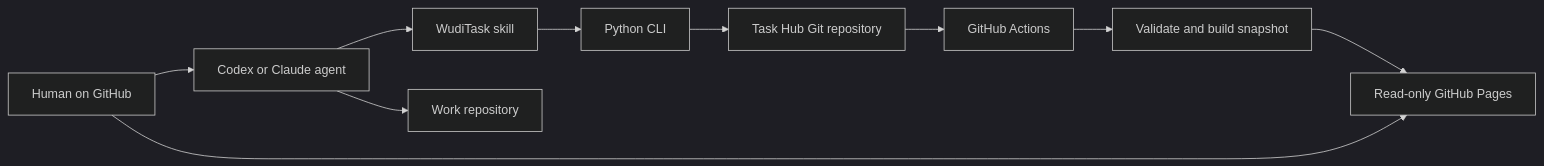
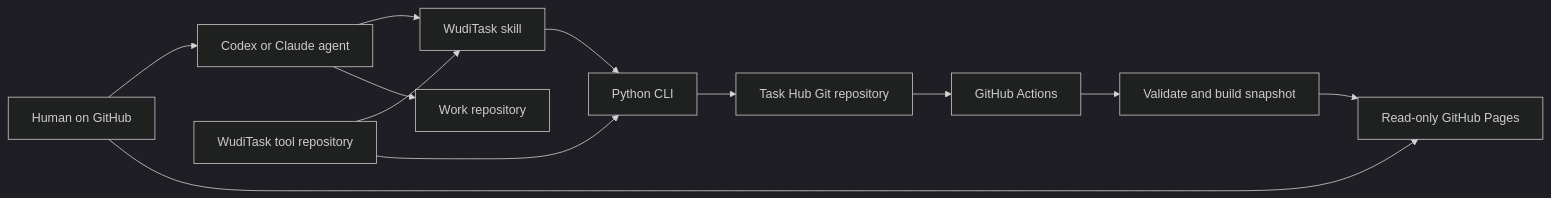
Before and after one commit to ChaoWao/wuditask: the first of 2 diagrams in docs/architecture.md, drawn with Mermaid (dark theme). The commit also changed other lines of this file and 42 other files, not shown here.

First line of the commit message:
Refactor: split tool from task Hub

````diff
--- a/docs/architecture.md
+++ b/docs/architecture.md
@@ -9,12 +9,14 @@
 ```mermaid
 flowchart LR
   H["Human on GitHub"] --> A["Codex or Claude agent"]
   A --> S["WudiTask skill"]
-  S --> P["Python CLI"]
+  T["WudiTask tool repository"] --> S
+  T --> P["Python CLI"]
+  S --> P
   P --> G["Task Hub Git repository"]
   A --> W["Work repository"]
   G --> X["GitHub Actions"]
   X --> V["Validate and build snapshot"]
   V --> Q["Read-only GitHub Pages"]
   H --> Q
 ```
````
